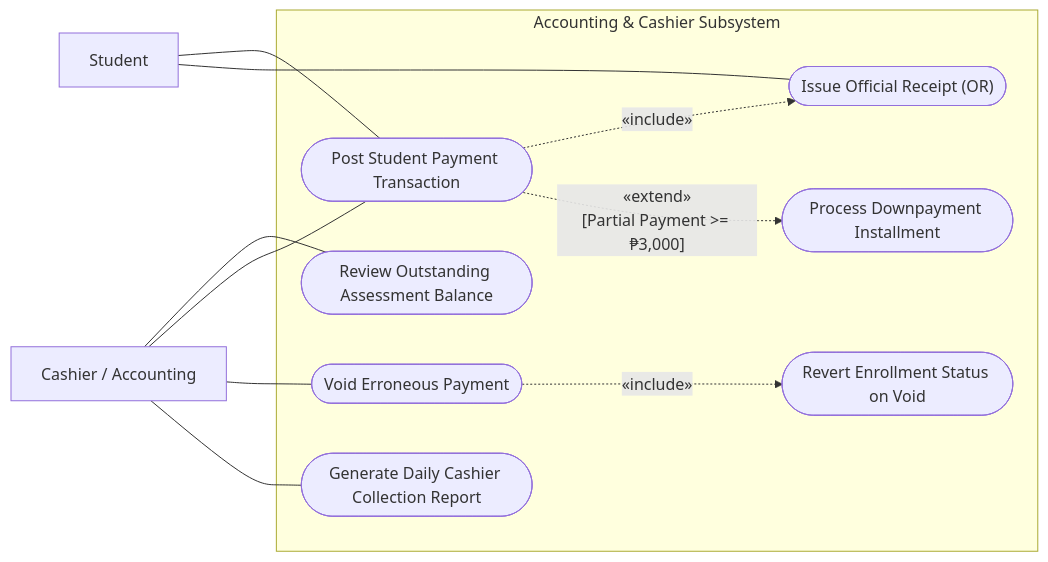
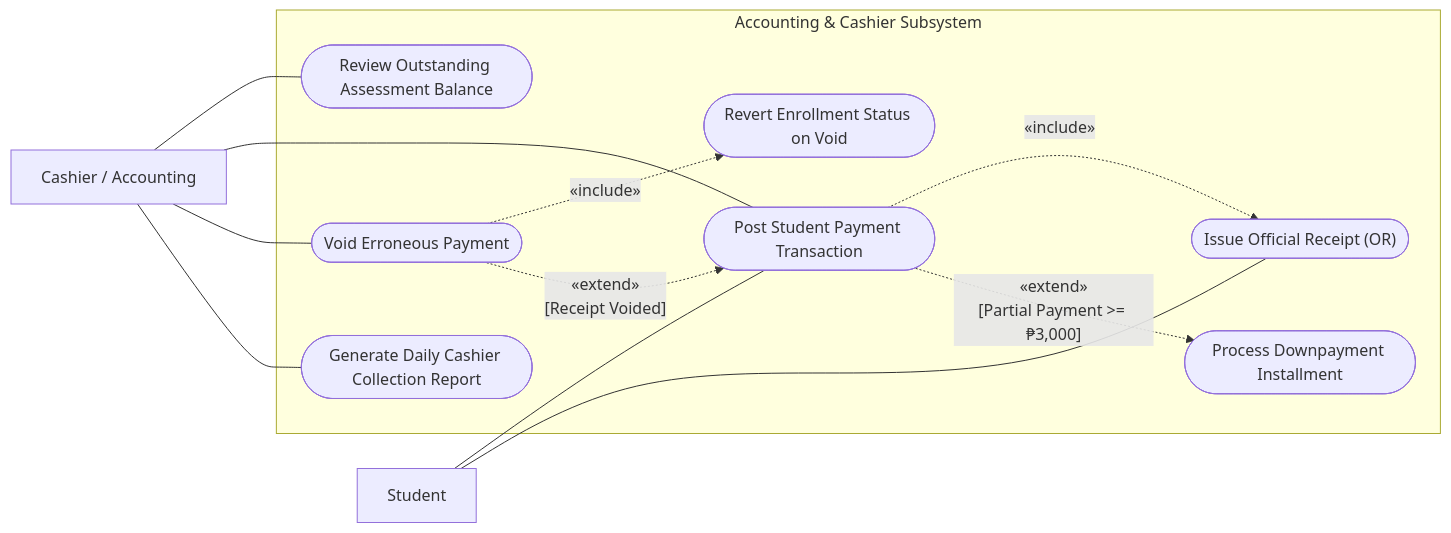
The tenth of 17 diagrams in Documentation/Use-Case-Diagram-Guide.md (kirbygeagonia-create/EnrollmentManagementSystem), drawn with Mermaid before and after one commit. The commit also changed other lines of this file and 45 other files, not shown here.

````diff
--- a/Documentation/Use-Case-Diagram-Guide.md
+++ b/Documentation/Use-Case-Diagram-Guide.md
@@ -502,27 +505,28 @@
 ```mermaid
 flowchart LR
     A_Acc["Cashier / Accounting"]
     A_Stud["Student"]
 
     subgraph SYSTEM ["Accounting & Cashier Subsystem"]
         UC_AC01(["Review Outstanding Assessment Balance"])
         UC_AC02(["Post Student Payment Transaction"])
         UC_AC03(["Issue Official Receipt (OR)"])
         UC_AC04(["Process Downpayment Installment"])
         UC_AC05(["Void Erroneous Payment"])
         UC_AC06(["Revert Enrollment Status on Void"])
         UC_AC07(["Generate Daily Cashier Collection Report"])
     end
 
     A_Acc --- UC_AC01
     A_Acc --- UC_AC02
     A_Acc --- UC_AC05
     A_Acc --- UC_AC07
 
     A_Stud --- UC_AC02
     A_Stud --- UC_AC03
 
     UC_AC02 -.->|"«include»"| UC_AC03
     UC_AC02 -.->|"«extend»\n[Partial Payment >= ₱3,000]"| UC_AC04
     UC_AC05 -.->|"«include»"| UC_AC06
+    UC_AC05 -.->|"«extend»\n[Receipt Voided]"| UC_AC02
 ```
````
